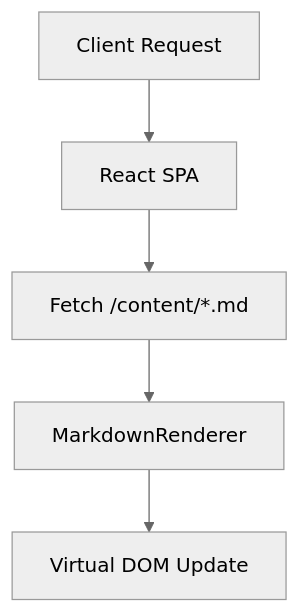
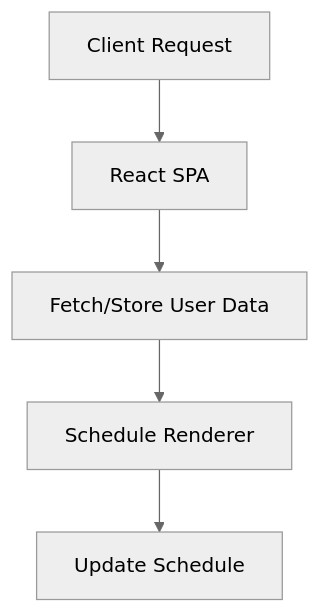
Before and after one commit to dancoopper/Portfolio: the diagram in public/content/capstone.md, drawn with Mermaid (neutral theme). The commit also changed other lines of this file and 1 other file, not shown here.

````diff
--- a/public/content/capstone.md
+++ b/public/content/capstone.md
@@ -12,7 +17,7 @@
 ```mermaid
 graph TD
     A[Client Request] --> B[React SPA]
-    B --> C[Fetch /content/*.md]
-    C --> D[MarkdownRenderer]
-    D --> E[Virtual DOM Update]
+    B --> C[Fetch/Store User Data]
+    C --> D[Schedule Renderer]
+    D --> E[Update Schedule]
 ```
````
